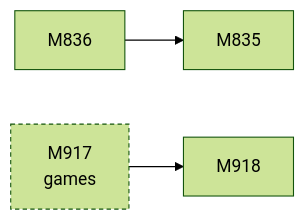
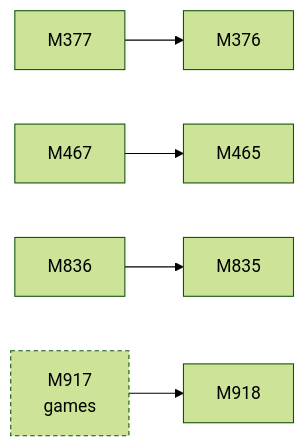
Before and after one commit to D-Ogi/amdgpu-wddm: the fourth of 4 diagrams in docs/facts/graphs/kmd.md, drawn with Mermaid (forest theme). The commit also changed other lines of this file and 16 other files, not shown here.

````diff
--- a/docs/facts/graphs/kmd.md
+++ b/docs/facts/graphs/kmd.md
@@ -347,11 +346,17 @@
 ```mermaid
 flowchart LR
+  M376["M376"]
+  M377["M377"]
+  M465["M465"]
+  M467["M467"]
   M835["M835"]
   M836["M836"]
   M917["M917<br/>games"]
   M918["M918"]
+  M377 --> M376
+  M467 --> M465
   M836 --> M835
   M917 --> M918
   classDef other stroke-dasharray:4 3
   class M917 other
 ```
````
